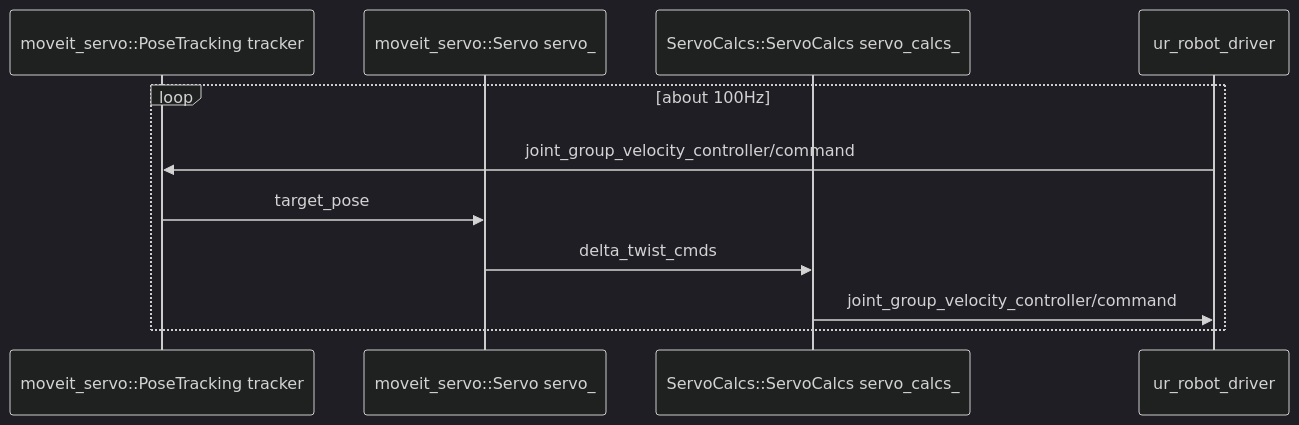
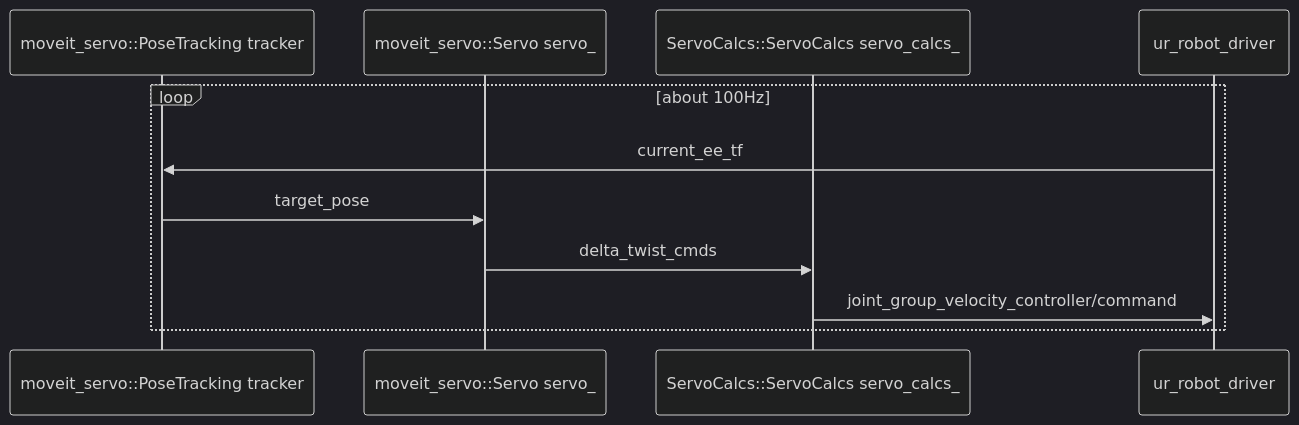
Before and after one commit to kemjensak/isaac_sim_tutorial: the first of 2 diagrams in docs/day3-4.md, drawn with Mermaid (dark theme). The commit also changed other lines of this file, not shown here.

````diff
--- a/docs/day3-4.md
+++ b/docs/day3-4.md
@@ -121,14 +121,14 @@
 ```mermaid 
 sequenceDiagram 
 	 participant A as moveit_servo::PoseTracking tracker
 	 participant B as moveit_servo::Servo servo_ 
 	 participant C as ServoCalcs::ServoCalcs servo_calcs_  
 	 participant D as ur_robot_driver 
 	 loop about 100Hz
-	 D->>A: joint_group_velocity_controller/command
+	 D->>A: current_ee_tf
 	 A->>B: target_pose
 	 B->>C: delta_twist_cmds
 	 C->>D: joint_group_velocity_controller/command
 	 
 	 end
 ```
````
